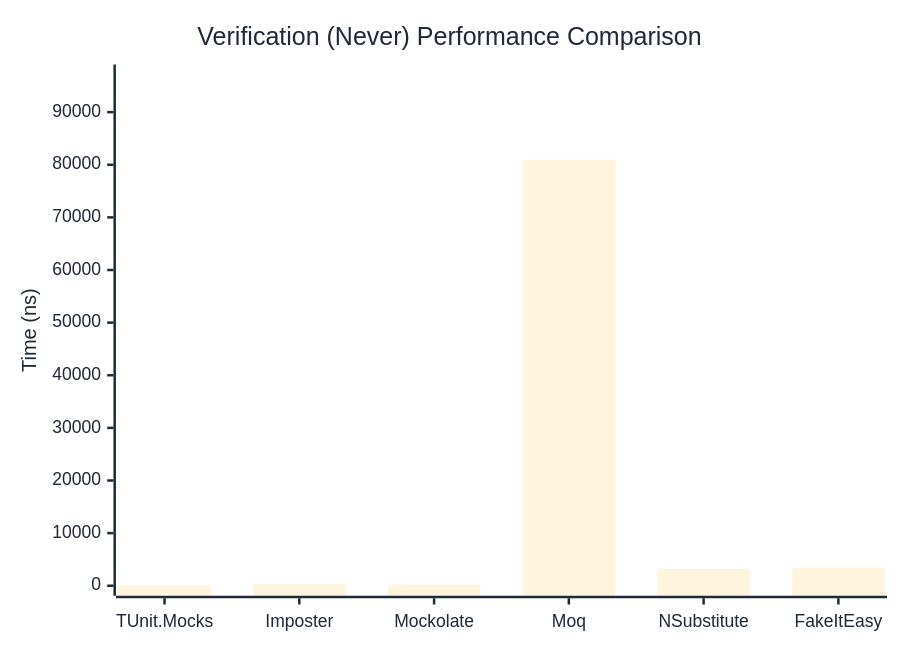
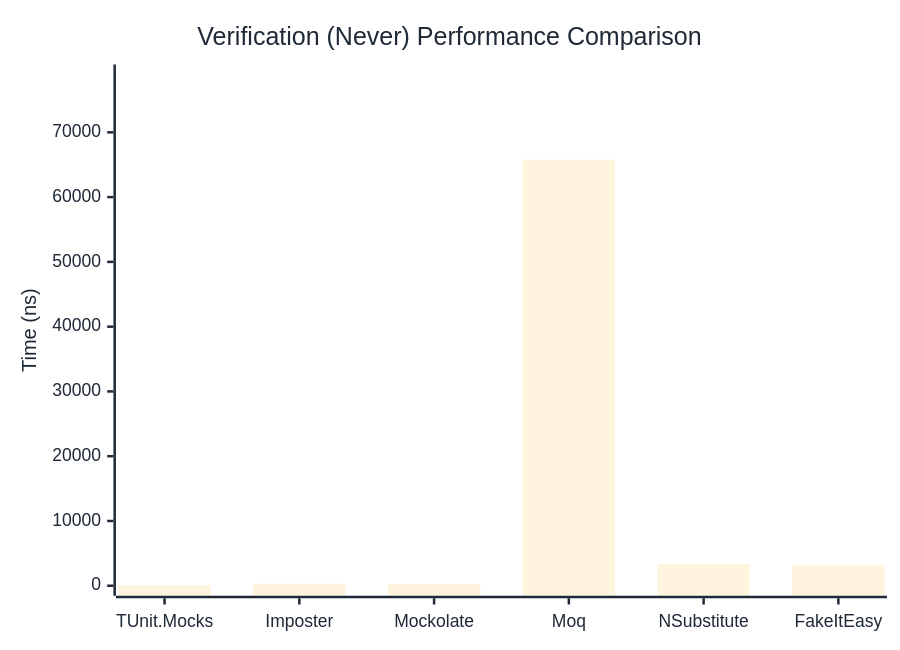
Before and after one commit to thomhurst/TUnit: the second of 3 diagrams in docs/docs/benchmarks/mocks/Verification.md, drawn with Mermaid. The commit also changed other lines of this file and 14 other files, not shown here.

````diff
--- a/docs/docs/benchmarks/mocks/Verification.md
+++ b/docs/docs/benchmarks/mocks/Verification.md
@@ -71,27 +71,27 @@
 ```mermaid
 %%{init: {
   'theme':'base',
   'themeVariables': {
     'primaryColor': '#2563eb',
     'primaryTextColor': '#1f2937',
     'primaryBorderColor': '#1e40af',
     'lineColor': '#6b7280',
     'secondaryColor': '#7c3aed',
     'tertiaryColor': '#dc2626',
     'background': '#ffffff',
     'pie1': '#2563eb',
     'pie2': '#7c3aed',
     'pie3': '#dc2626',
     'pie4': '#f59e0b',
     'pie5': '#10b981',
     'pie6': '#06b6d4',
     'pie7': '#ec4899',
     'pie8': '#6366f1'
   }
 }}%%
 xychart-beta
   title "Verification (Never) Performance Comparison"
   x-axis ["TUnit.Mocks", "Imposter", "Mockolate", "Moq", "NSubstitute", "FakeItEasy"]
-  y-axis "Time (ns)" 0 --> 97150
-  bar [46.28, 285.68, 223.94, 80958.08, 3226.29, 3436.39]
+  y-axis "Time (ns)" 0 --> 78929
+  bar [52.49, 325.05, 253.72, 65773.42, 3339.29, 3223.4]
 ```
````
